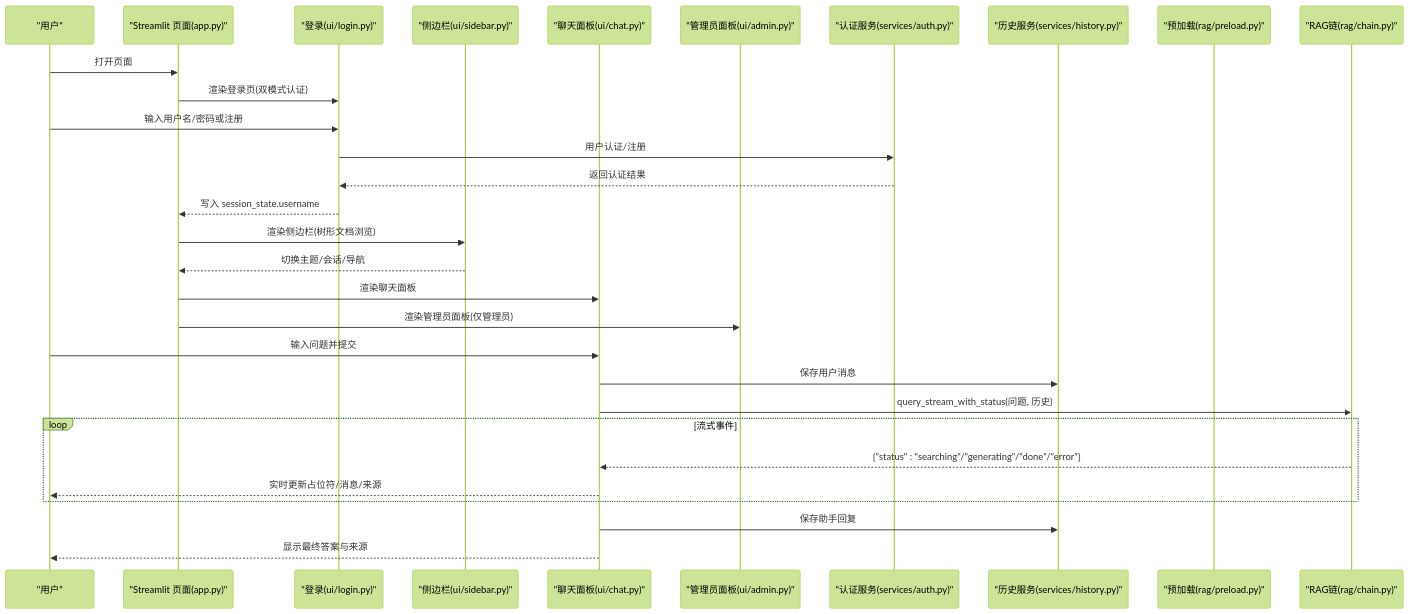
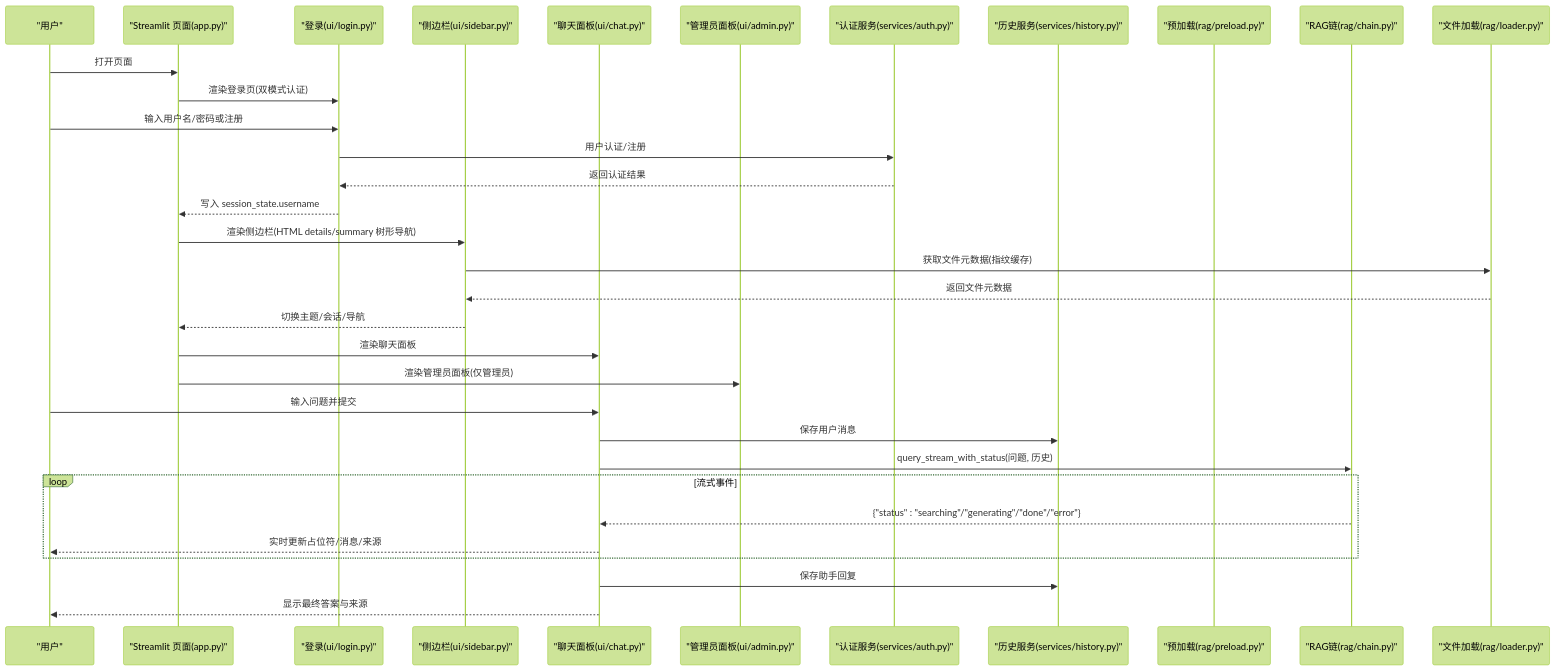
One commit to joyafa/knowledge changed the second of 5 diagrams in .qoder/repowiki/zh/content/用户界面系统/用户界面系统.md. Above: the diagram before and after it, drawn with Mermaid (forest theme). The commit also changed other lines of this file and 20 other files, not shown here.

````diff
--- a/.qoder/repowiki/zh/content/用户界面系统/用户界面系统.md
+++ b/.qoder/repowiki/zh/content/用户界面系统/用户界面系统.md
@@ -136,32 +146,35 @@
 ```mermaid
 sequenceDiagram
 participant U as "用户"
 participant S as "Streamlit 页面(app.py)"
 participant L as "登录(ui/login.py)"
 participant SB as "侧边栏(ui/sidebar.py)"
 participant CP as "聊天面板(ui/chat.py)"
 participant AD as "管理员面板(ui/admin.py)"
 participant AU as "认证服务(services/auth.py)"
 participant HV as "历史服务(services/history.py)"
 participant PR as "预加载(rag/preload.py)"
 participant CH as "RAG链(rag/chain.py)"
+participant LO as "文件加载(rag/loader.py)"
 U->>S : 打开页面
 S->>L : 渲染登录页(双模式认证)
 U->>L : 输入用户名/密码或注册
 L->>AU : 用户认证/注册
 AU-->>L : 返回认证结果
 L-->>S : 写入 session_state.username
-S->>SB : 渲染侧边栏(树形文档浏览)
+S->>SB : 渲染侧边栏(HTML details/summary 树形导航)
+SB->>LO : 获取文件元数据(指纹缓存)
+LO-->>SB : 返回文件元数据
 SB-->>S : 切换主题/会话/导航
 S->>CP : 渲染聊天面板
 S->>AD : 渲染管理员面板(仅管理员)
 U->>CP : 输入问题并提交
 CP->>HV : 保存用户消息
 CP->>CH : query_stream_with_status(问题, 历史)
 loop 流式事件
 CH-->>CP : {"status" : "searching"/"generating"/"done"/"error"}
 CP-->>U : 实时更新占位符/消息/来源
 end
 CP->>HV : 保存助手回复
 CP-->>U : 显示最终答案与来源
 ```
````
